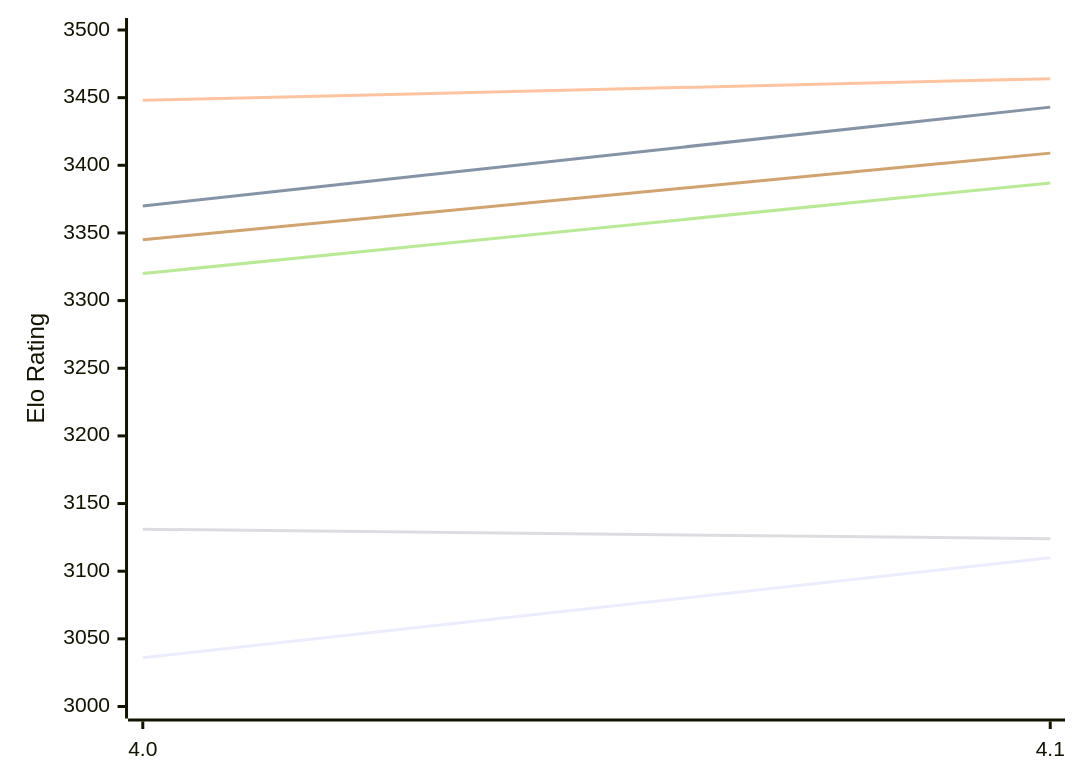
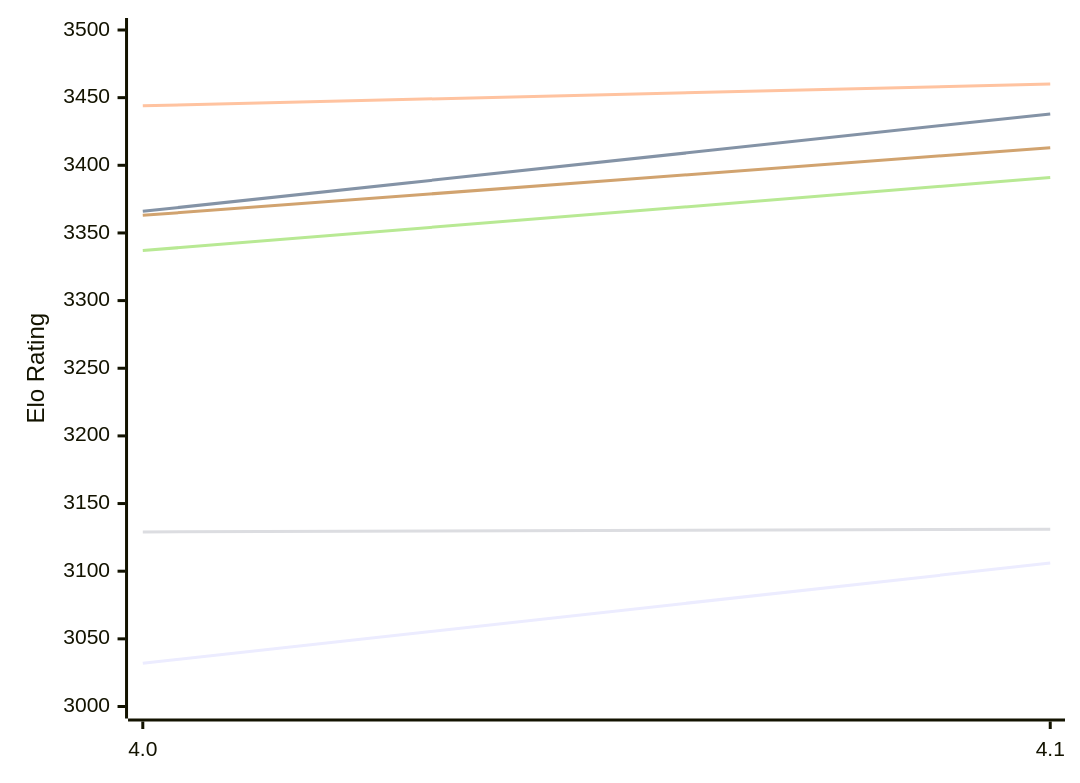
One commit to computer-chess-index/cci changed the first of 2 diagrams in engines/Eleanor.md. Above: the diagram before and after it, drawn with Mermaid. The commit also changed other lines of this file, not shown here.

Commit message:
Update CCI Ratings (ELO VLTC) - 2026-11-21

````diff
--- a/engines/Eleanor.md
+++ b/engines/Eleanor.md
@@ -51,12 +51,12 @@
 ```mermaid
 %%{init: {"theme":"base","themeVariables":{"seriesColors:['#a3a3a3','#222221','#faa371']}}}%%
 xychart-beta
   x-axis ["4.0", "4.1"]
   y-axis "Elo Rating" 3000 --> 3500
-  line "E1: STC (8.0+0.08s)" [3036, 3110]
-  line "E1: LTC (60.0+0.60s)" [3370, 3443]
-  line "E1: VLTC (2m24s+1.12s)" [3448, 3464]
-  line "P1: STC (8.0+0.08s)" [3131, 3124]
-  line "P1: LTC (60.0+0.60s)" [3320, 3387]
-  line "P1: VLTC (2m24s+1.12s)" [3345, 3409]
+  line "E1: STC (8.0+0.08s)" [3032, 3106]
+  line "E1: LTC (60.0+0.60s)" [3366, 3438]
+  line "E1: VLTC (2m24s+1.12s)" [3444, 3460]
+  line "P1: STC (8.0+0.08s)" [3129, 3131]
+  line "P1: LTC (60.0+0.60s)" [3337, 3391]
+  line "P1: VLTC (2m24s+1.12s)" [3363, 3413]
 ```
````
